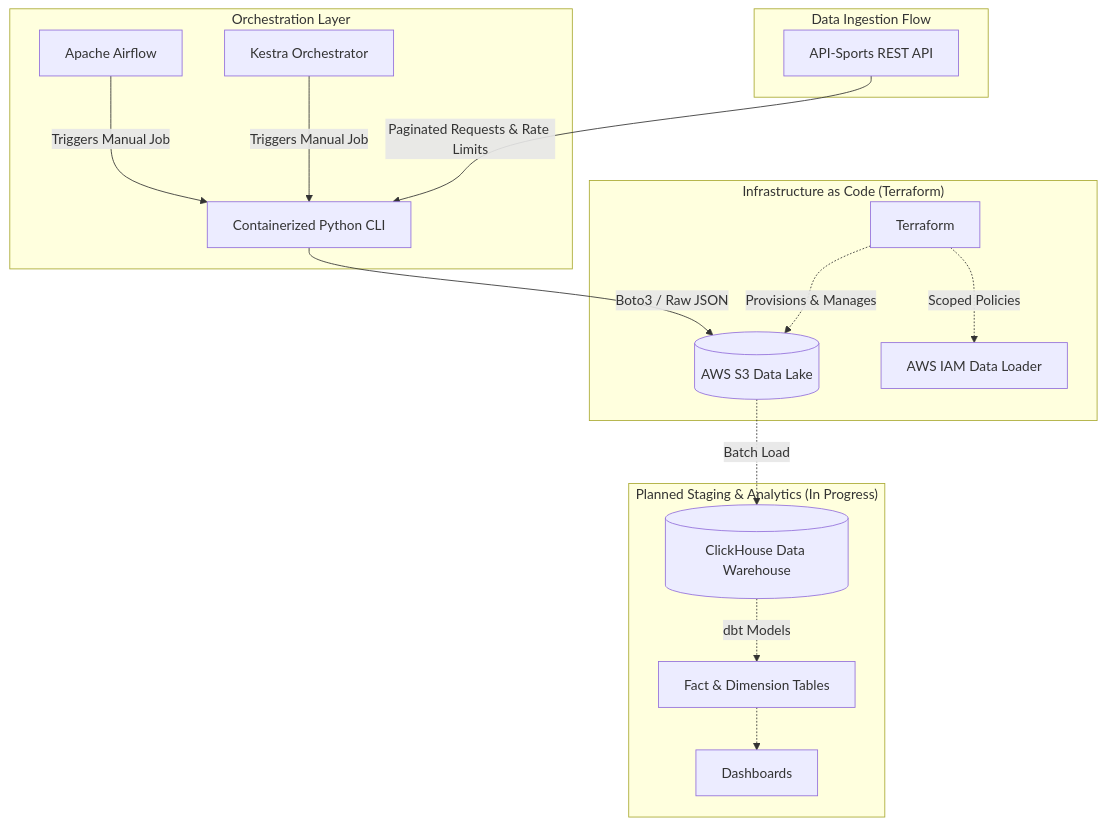
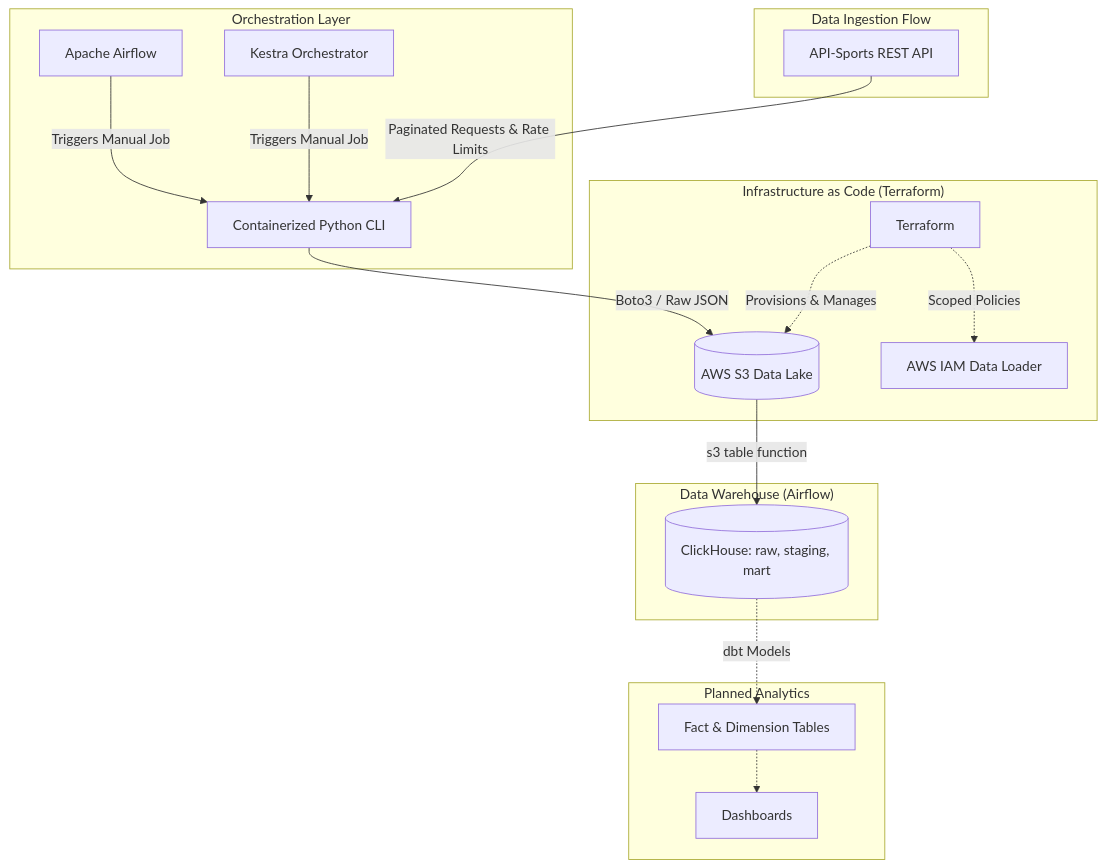
One commit to shdrn2402/football-data-pipeline changed the diagram in README.md. Above: the diagram before and after it, drawn with Mermaid. The commit also changed other lines of this file, not shown here.

Commit message:
docs: explain clickhouse data model and fixtures dag [skip ci]

````diff
--- a/README.md
+++ b/README.md
@@ -18,23 +18,26 @@
 ```mermaid
 flowchart TD
     subgraph Infrastructure ["Infrastructure as Code (Terraform)"]
         TF[Terraform] -.->|Provisions & Manages| S3[(AWS S3 Data Lake)]
         TF -.->|Scoped Policies| IAM[AWS IAM Data Loader]
     end
 
     subgraph Orchestration ["Orchestration Layer"]
         Airflow[Apache Airflow] -->|Triggers Manual Job| IngestApp[Containerized Python CLI]
         Kestra[Kestra Orchestrator] -->|Triggers Manual Job| IngestApp
     end
 
     subgraph DataFlow ["Data Ingestion Flow"]
         API[API-Sports REST API] -->|Paginated Requests & Rate Limits| IngestApp
         IngestApp -->|Boto3 / Raw JSON| S3
     end
 
-    subgraph FutureScope ["Planned Staging & Analytics (In Progress)"]
-        S3 -.->|Batch Load| DWH[(ClickHouse Data Warehouse)]
+    subgraph Warehouse ["Data Warehouse (Airflow)"]
+        S3 -->|s3 table function| DWH[(ClickHouse: raw, staging, mart)]
+    end
+
+    subgraph FutureScope ["Planned Analytics"]
         DWH -.->|dbt Models| Marts[Fact & Dimension Tables]
         Marts -.-> BI[Dashboards]
     end
 ```
````
